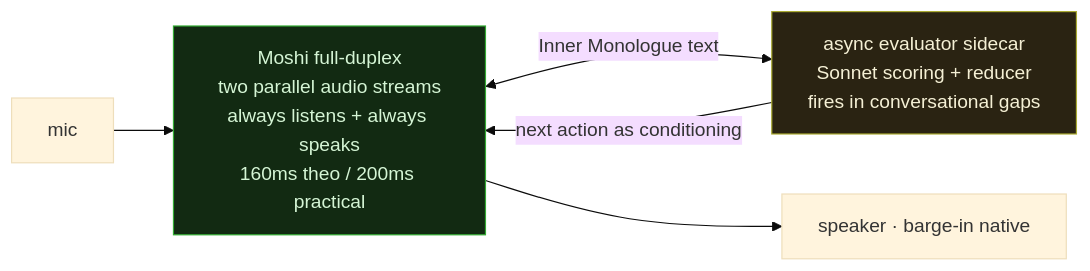
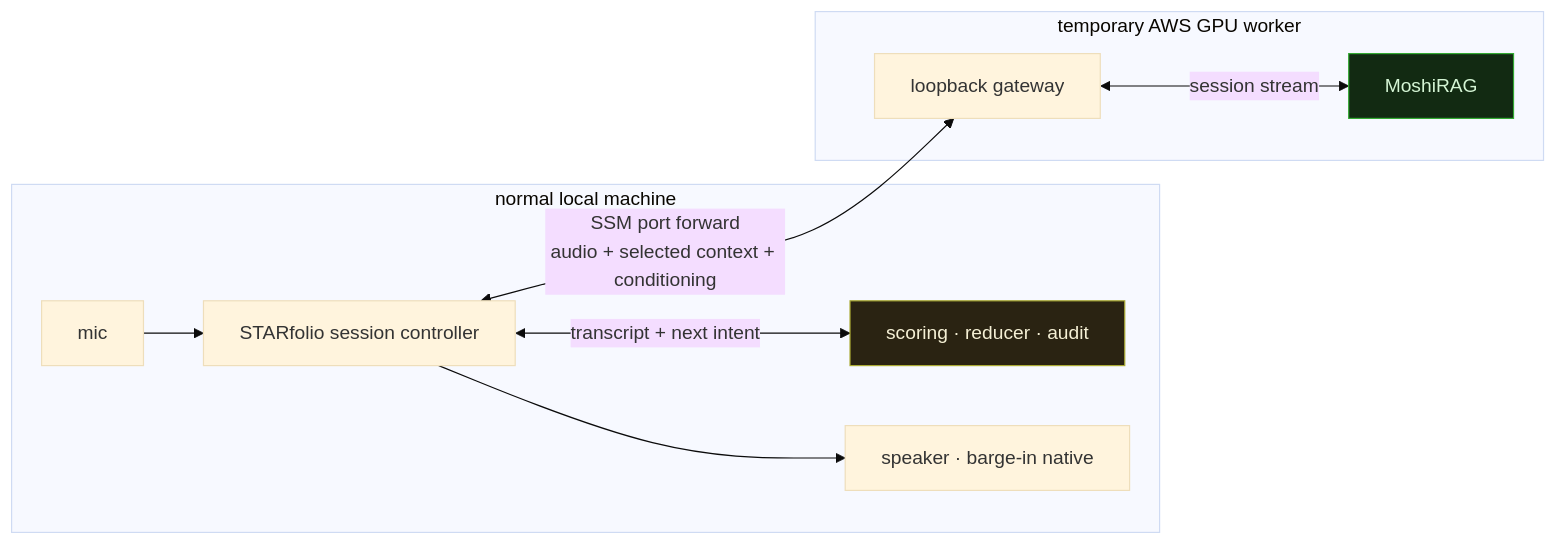
The fourth of 4 diagrams in docs/architecture/full-duplex-migration.md (cordialApple/STARfolio), drawn with Mermaid (base theme) before and after one commit. The commit also changed other lines of this file and 23 other files, not shown here.

Commit message:
docs(roadmap): reconcile active development (#318)

````diff
--- a/docs/architecture/full-duplex-migration.md
+++ b/docs/architecture/full-duplex-migration.md
@@ -105,11 +105,16 @@
 ```mermaid
 flowchart LR
-  mic --> moshi["Moshi full-duplex<br/>two parallel audio streams<br/>always listens + always speaks<br/>160ms theo / 200ms practical"]
-  moshi <-->|Inner Monologue text| side["async evaluator sidecar<br/>Sonnet scoring + reducer<br/>fires in conversational gaps"]
-  side -->|next action as conditioning| moshi
-  moshi --> spk["speaker · barge-in native"]
+  subgraph desktop["normal local machine"]
+    mic["mic"] --> app["STARfolio session controller"]
+    app <-->|"transcript + next intent"| side["scoring · reducer · audit"]
+    app --> spk["speaker · barge-in native"]
+  end
+  subgraph worker["temporary AWS GPU worker"]
+    gateway["loopback gateway"] <-->|"session stream"| moshi["MoshiRAG"]
+  end
+  app <-->|"SSM port forward<br/>audio + selected context + conditioning"| gateway
   classDef new fill:#122a12,stroke:#3a3,color:#d5f5d5
   classDef bet fill:#2a2312,stroke:#aa3,color:#f5f0d5
   class moshi new
   class side bet
 ```
````
